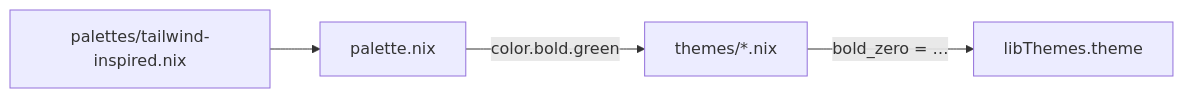
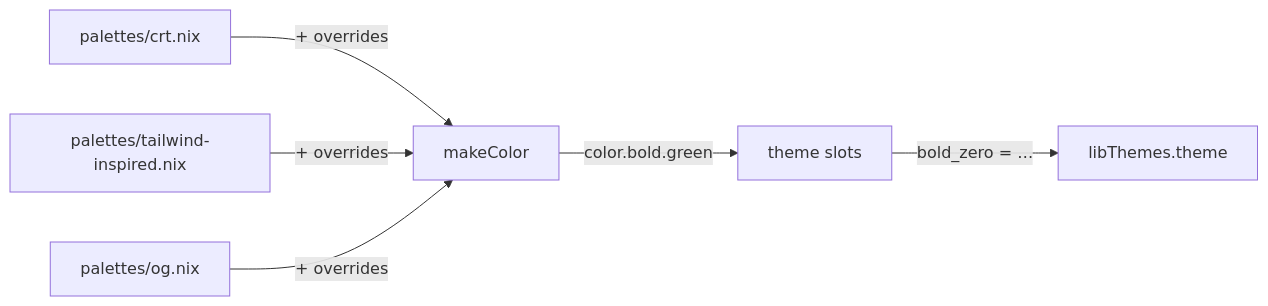
One commit to cig0/nix-batteries changed the diagram in themes/palettes/README.md. Above: the diagram before and after it, drawn with Mermaid. The commit also changed other lines of this file and 14 other files, not shown here.

First line of the commit message:
feat: multi-palette architecture with per-theme palette selection and overrides

````diff
--- a/themes/palettes/README.md
+++ b/themes/palettes/README.md
@@ -20,6 +24,8 @@
 ```mermaid
 graph LR
-    A["palettes/tailwind-inspired.nix"] --> B["palette.nix"]
-    B -->|"color.bold.green"| C["themes/*.nix"]
-    C -->|"bold_zero = …"| D["libThemes.theme"]
+    A["palettes/crt.nix"] -->|"+ overrides"| B["makeColor"]
+    C["palettes/tailwind-inspired.nix"] -->|"+ overrides"| B
+    D["palettes/og.nix"] -->|"+ overrides"| B
+    B -->|"color.bold.green"| E["theme slots"]
+    E -->|"bold_zero = …"| F["libThemes.theme"]
 ```
````
